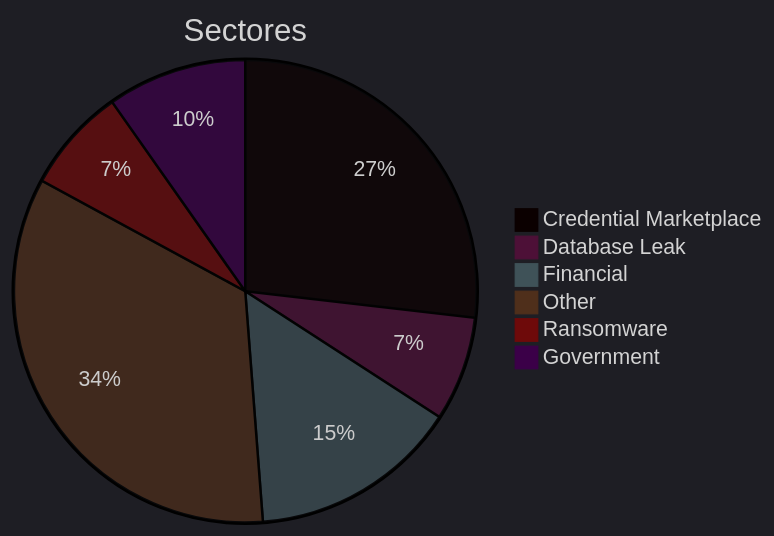
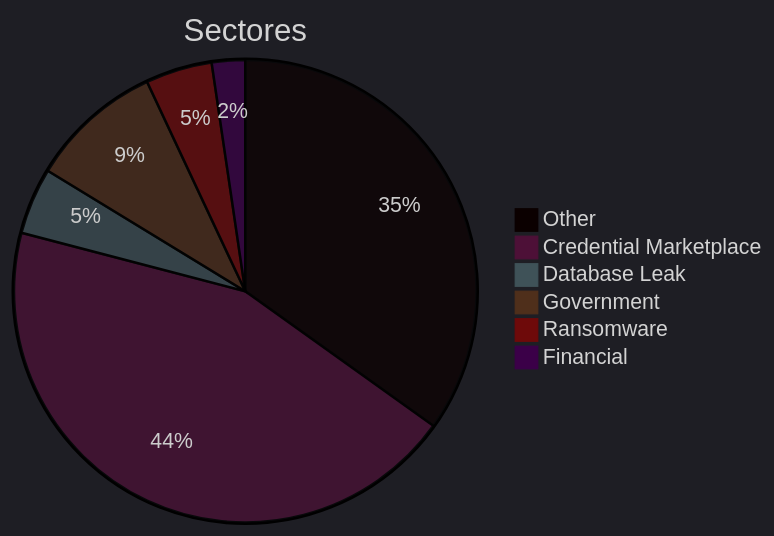
One commit to ZoqueLabs/website changed the second of 5 diagrams in exfiltradaz.md. Above: the diagram before and after it, drawn with Mermaid. The commit also changed other lines of this file, not shown here.

````diff
--- a/exfiltradaz.md
+++ b/exfiltradaz.md
@@ -74,13 +76,13 @@
 ```mermaid
 ---
 config:
   theme: dark
 ---
 pie title Sectores
-  "Credential Marketplace" : 11
-  "Database Leak" : 3
-  "Financial" : 6
-  "Other" : 14
-  "Ransomware" : 3
+  "Other" : 15
+  "Credential Marketplace" : 19
+  "Database Leak" : 2
   "Government" : 4
+  "Ransomware" : 2
+  "Financial" : 1
 ```
````
